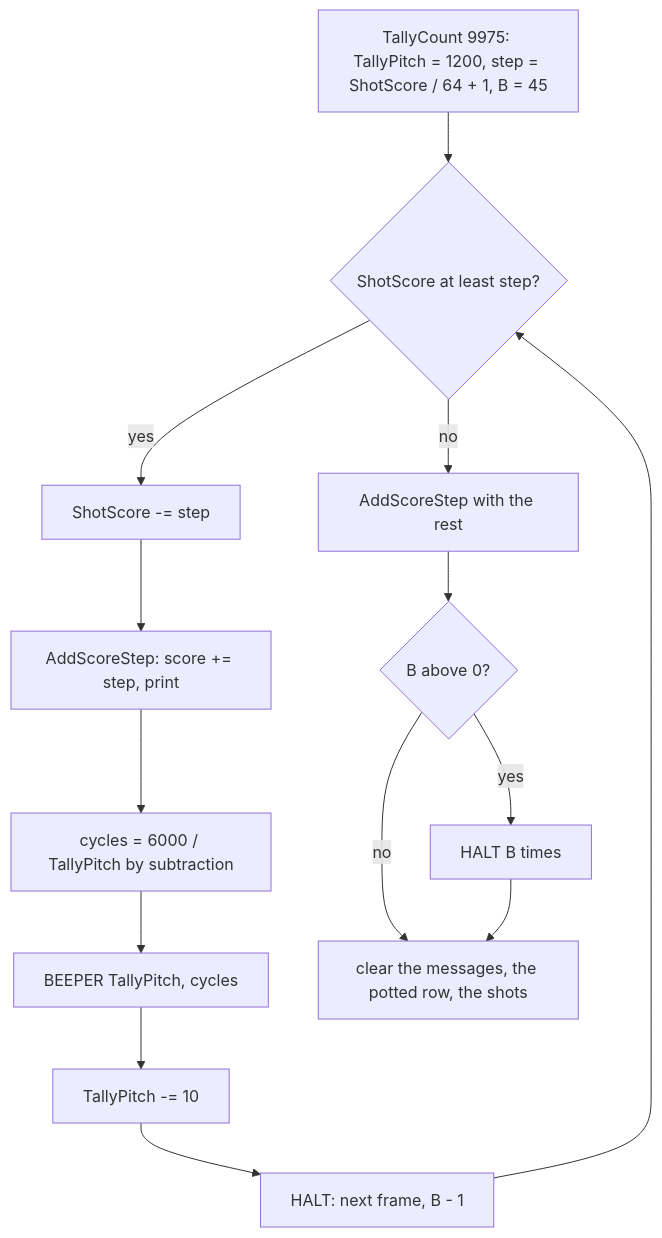
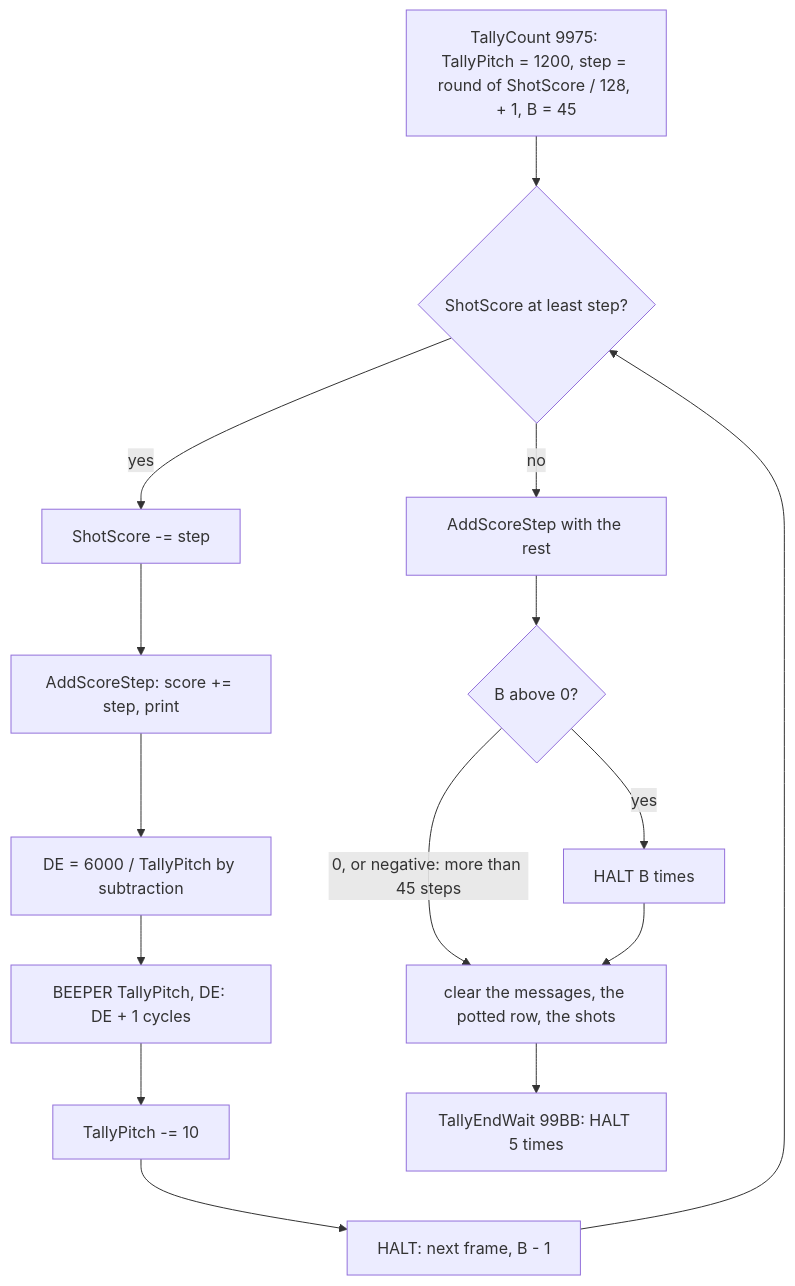
One commit to alfishe/unrealng-reverse-cases changed the fourth of 8 diagrams in games/video-pool/docs/09-sound.md. Above: the diagram before and after it, drawn with Mermaid. The commit also changed other lines of this file and 51 other files, not shown here.

Commit message:
Video Pool: review round 1 - 106 findings checked and fixed (canonical shot cost, tally step, BEEPER DE+1, frame-start samples), game.ann descriptions, figures redrawn

````diff
--- a/games/video-pool/docs/09-sound.md
+++ b/games/video-pool/docs/09-sound.md
@@ -518,15 +555,16 @@
 ```mermaid
 flowchart TD
-    A[TallyCount 9975: TallyPitch = 1200, step = ShotScore / 64 + 1, B = 45] --> B{ShotScore at least step?}
+    A[TallyCount 9975: TallyPitch = 1200, step = round of ShotScore / 128, + 1, B = 45] --> B{ShotScore at least step?}
     B -->|yes| C[ShotScore -= step]
     C --> D[AddScoreStep: score += step, print]
-    D --> E[cycles = 6000 / TallyPitch by subtraction]
-    E --> F[BEEPER TallyPitch, cycles]
+    D --> E[DE = 6000 / TallyPitch by subtraction]
+    E --> F[BEEPER TallyPitch, DE: DE + 1 cycles]
     F --> G[TallyPitch -= 10]
     G --> H[HALT: next frame, B - 1] --> B
     B -->|no| I[AddScoreStep with the rest]
     I --> J{B above 0?}
     J -->|yes| K[HALT B times]
-    J -->|no| L[clear the messages, the potted row, the shots]
+    J -->|"0, or negative: more than 45 steps"| L[clear the messages, the potted row, the shots]
     K --> L
+    L --> W[TallyEndWait 99BB: HALT 5 times]
 ```
````
